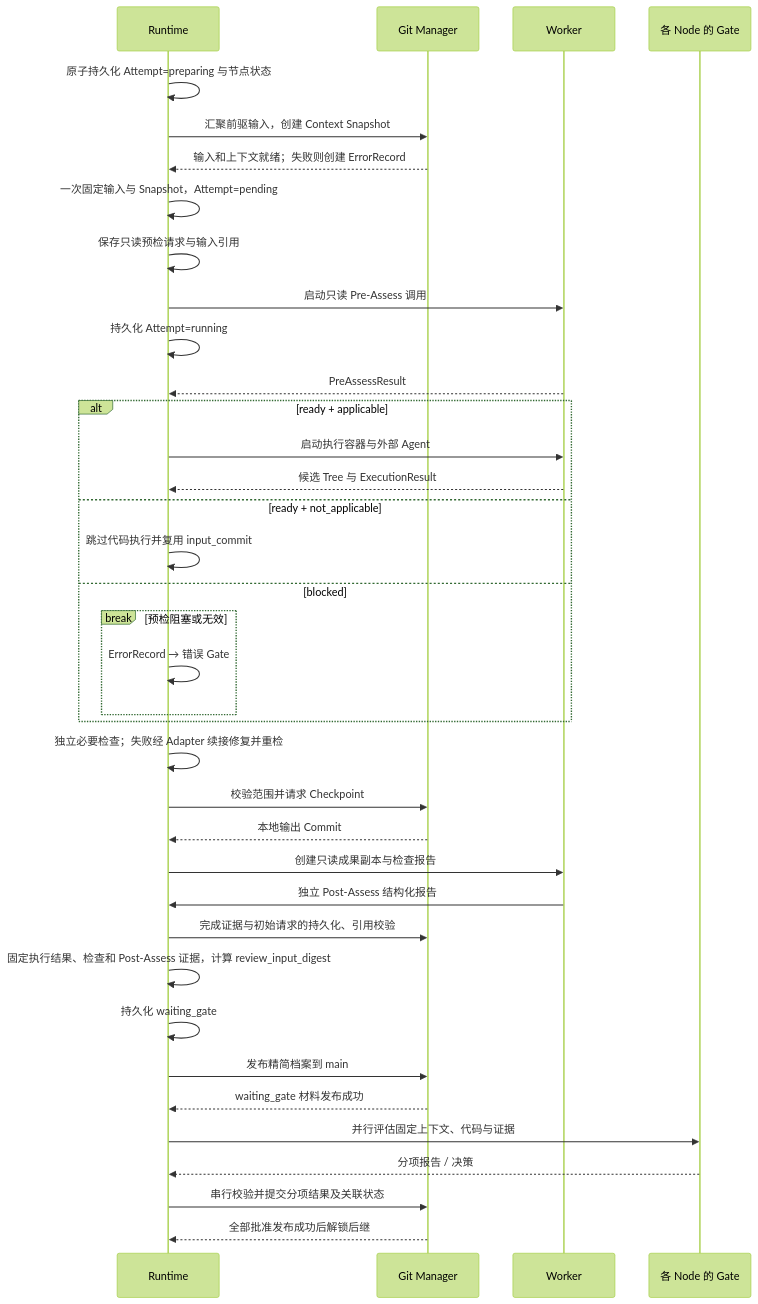
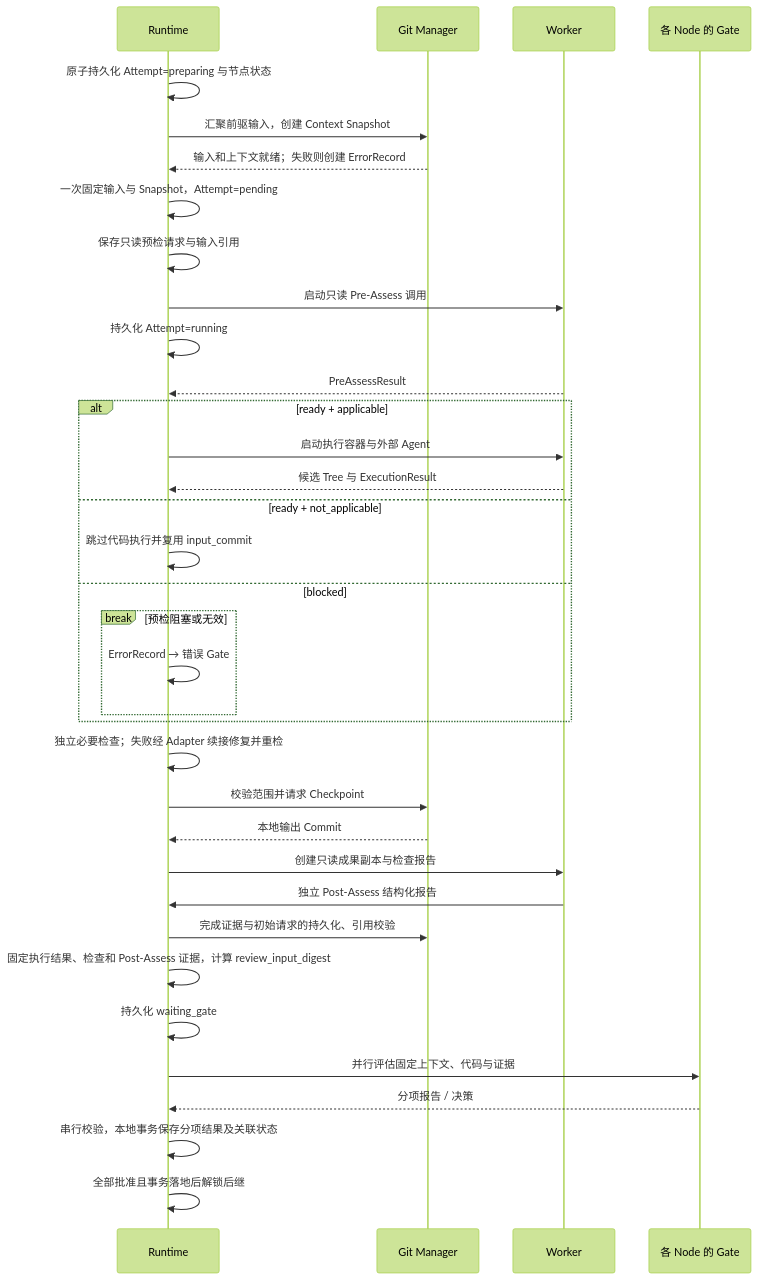
The diagram in design/04-execution.md (LingMessy/facetloom), drawn with Mermaid (forest theme) before and after one commit. The commit also changed other lines of this file and 10 other files, not shown here.

````diff
--- a/design/04-execution.md
+++ b/design/04-execution.md
@@ -7,39 +9,37 @@
 ```mermaid
 sequenceDiagram
     participant RT as Runtime
     participant GM as Git Manager
     participant W as Worker
     participant G as 各 Node 的 Gate
     RT->>RT: 原子持久化 Attempt=preparing 与节点状态
     RT->>GM: 汇聚前驱输入，创建 Context Snapshot
     GM-->>RT: 输入和上下文就绪；失败则创建 ErrorRecord
     RT->>RT: 一次固定输入与 Snapshot，Attempt=pending
     RT->>RT: 保存只读预检请求与输入引用
     RT->>W: 启动只读 Pre-Assess 调用
     RT->>RT: 持久化 Attempt=running
     W-->>RT: PreAssessResult
     alt ready + applicable
         RT->>W: 启动执行容器与外部 Agent
         W-->>RT: 候选 Tree 与 ExecutionResult
     else ready + not_applicable
         RT->>RT: 跳过代码执行并复用 input_commit
     else blocked
         break 预检阻塞或无效
             RT->>RT: ErrorRecord → 错误 Gate
         end
     end
     RT->>RT: 独立必要检查；失败经 Adapter 续接修复并重检
     RT->>GM: 校验范围并请求 Checkpoint
     GM-->>RT: 本地输出 Commit
     RT->>W: 创建只读成果副本与检查报告
     W->>RT: 独立 Post-Assess 结构化报告
     RT->>GM: 完成证据与初始请求的持久化、引用校验
     RT->>RT: 固定执行结果、检查和 Post-Assess 证据，计算 review_input_digest
     RT->>RT: 持久化 waiting_gate
-    RT->>GM: 发布精简档案到 main
-    GM-->>RT: waiting_gate 材料发布成功
     RT->>G: 并行评估固定上下文、代码与证据
     G-->>RT: 分项报告 / 决策
-    RT->>GM: 串行校验并提交分项结果及关联状态
-    GM-->>RT: 全部批准发布成功后解锁后继
+    RT->>RT: 串行校验，本地事务保存分项结果及关联状态
+    RT->>RT: 全部批准且事务落地后解锁后继
 ```
````
